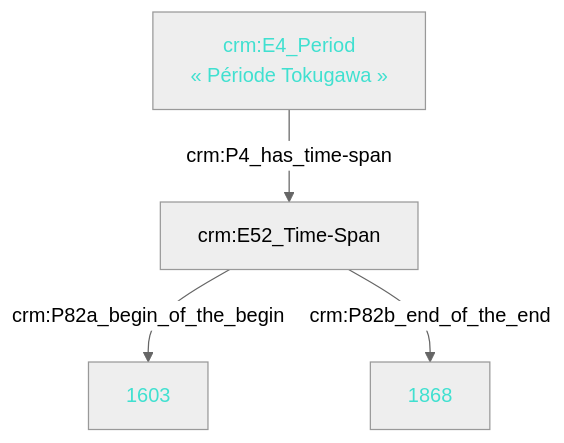
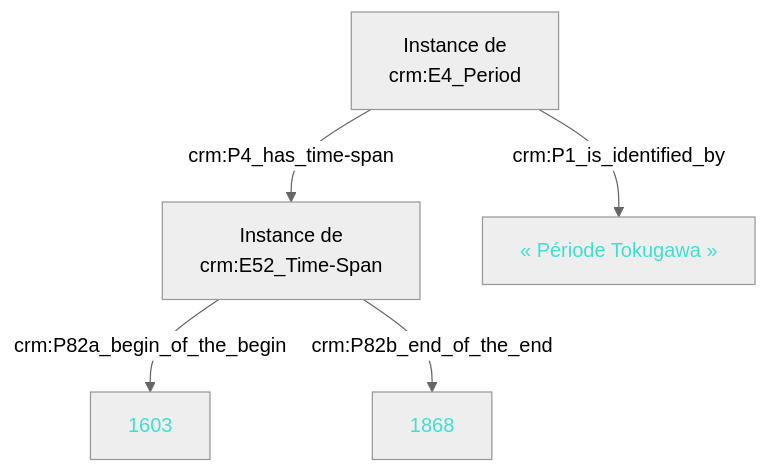
One commit to sherlock-iremus/sherlock-grist-to-crm changed the first of 2 diagrams in README_mapping.md. Above: the diagram before and after it, drawn with Mermaid (neutral theme).

````diff
--- a/README_mapping.md
+++ b/README_mapping.md
@@ -9,13 +9,15 @@
 ```mermaid
 flowchart TB
-    E4[crm:E4_Period<br>« Période Tokugawa »]
-    E52[crm:E52_Time-Span]
+    E4[Instance de<br>crm:E4_Period]
+    E52[Instance de<br>crm:E52_Time-Span]
+    P1[« Période Tokugawa »]
 
+    E4 -->|crm:P1_is_identified_by| P1
     E4 -->|crm:P4_has_time-span| E52
     E52 -->|crm:P82a_begin_of_the_begin| 1603
     E52 -->|crm:P82b_end_of_the_end| 1868
 
-    style E4 color:turquoise
+    style P1 color:turquoise
     style 1603 color:turquoise
     style 1868 color:turquoise
 ```
````
